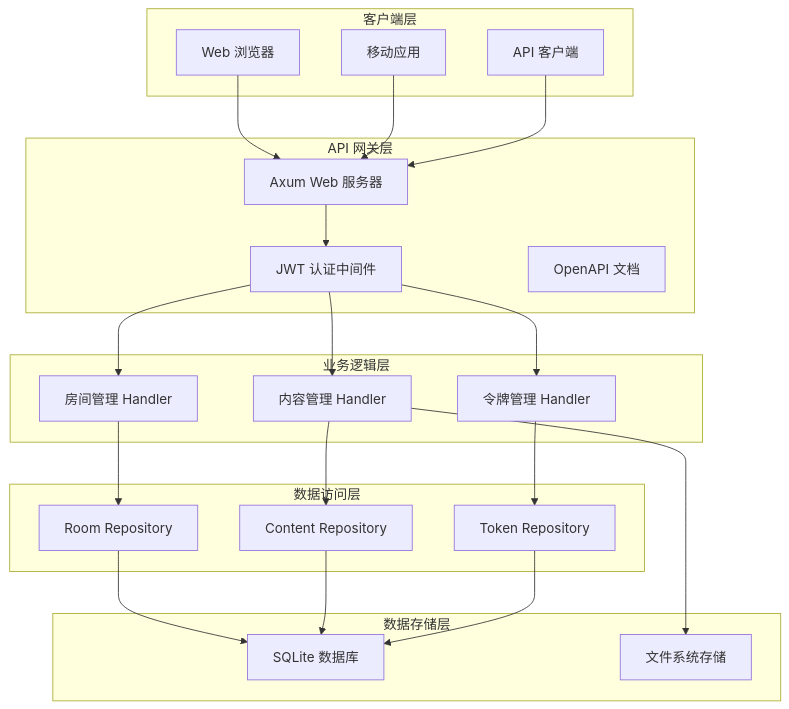
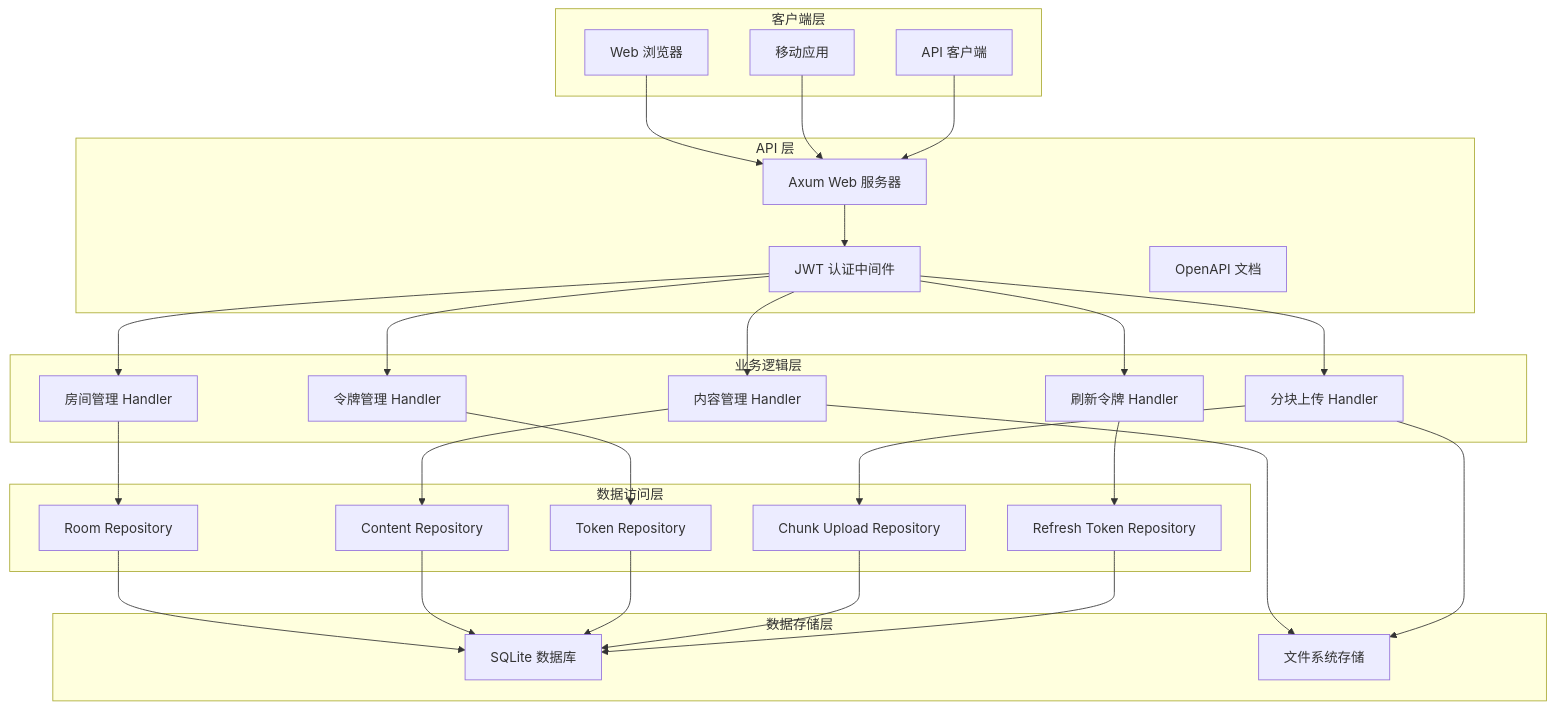
One commit to YuniqueUnic/elizabeth changed the first of 9 diagrams in docs/implementation/architecture.md. Above: the diagram before and after it, drawn with Mermaid. The commit also changed other lines of this file and 8 other files, not shown here.

````diff
--- a/docs/implementation/architecture.md
+++ b/docs/implementation/architecture.md
@@ -12,46 +12,57 @@
 ```mermaid
 graph TB
     subgraph "客户端层"
         A[Web 浏览器]
         B[移动应用]
         C[API 客户端]
     end
 
-    subgraph "API 网关层"
+    subgraph "API 层"
         D[Axum Web 服务器]
         E[JWT 认证中间件]
         F[OpenAPI 文档]
     end
 
     subgraph "业务逻辑层"
         G[房间管理 Handler]
         H[内容管理 Handler]
         I[令牌管理 Handler]
+        J[分块上传 Handler]
+        K[刷新令牌 Handler]
     end
 
     subgraph "数据访问层"
-        J[Room Repository]
-        K[Content Repository]
-        L[Token Repository]
+        L[Room Repository]
+        M[Content Repository]
+        N[Token Repository]
+        O[Chunk Upload Repository]
+        P[Refresh Token Repository]
     end
 
     subgraph "数据存储层"
-        M[SQLite 数据库]
-        N[文件系统存储]
+        Q[SQLite 数据库]
+        R[文件系统存储]
     end
 
     A --> D
     B --> D
     C --> D
     D --> E
     E --> G
     E --> H
     E --> I
-    G --> J
-    H --> K
-    I --> L
-    J --> M
-    K --> M
-    L --> M
-    H --> N
+    E --> J
+    E --> K
+    G --> L
+    H --> M
+    I --> N
+    J --> O
+    K --> P
+    L --> Q
+    M --> Q
+    N --> Q
+    O --> Q
+    P --> Q
+    H --> R
+    J --> R
 ```
````
